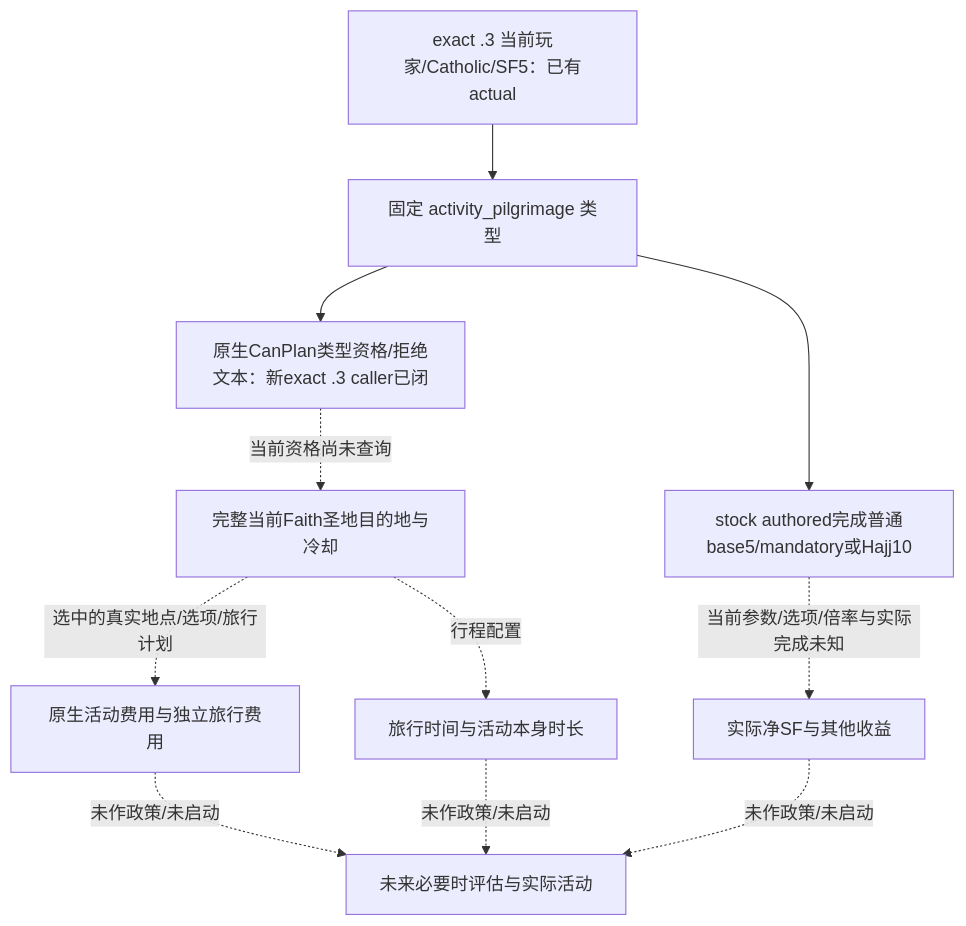
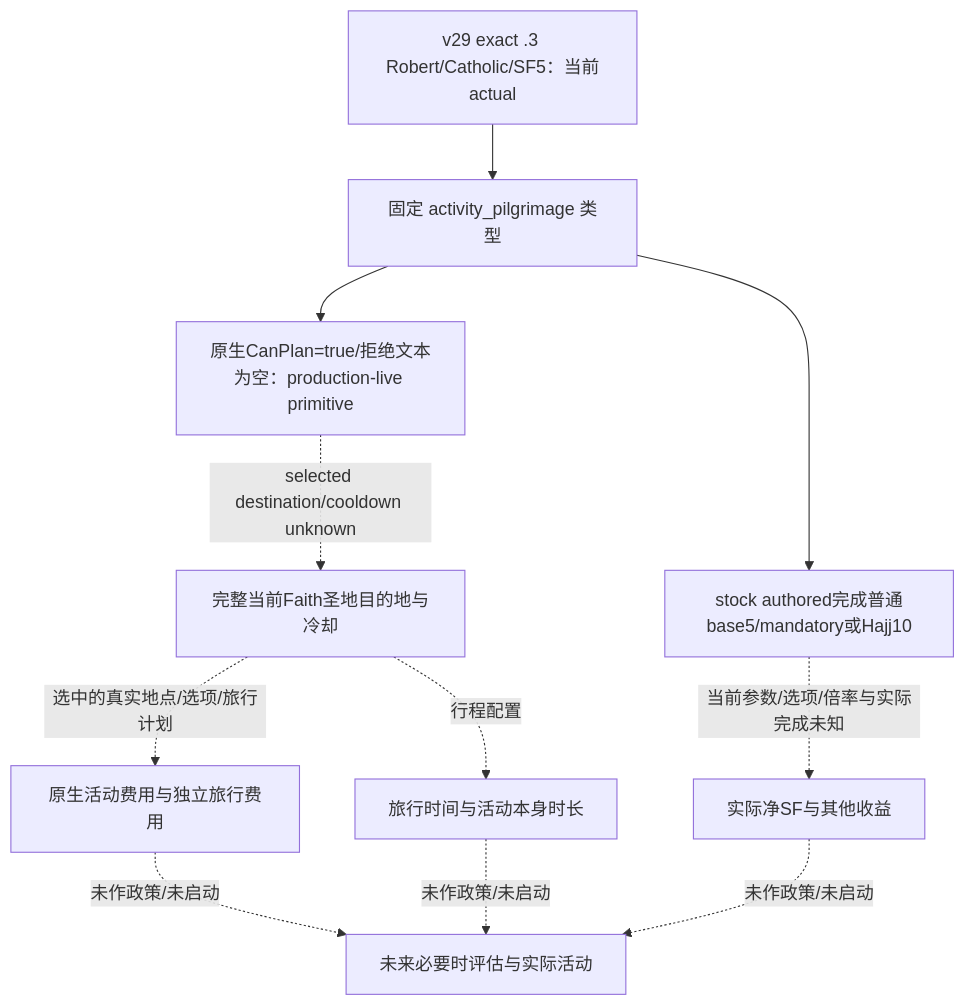
One commit to XenoAmess/ck3_eternal_recurrence changed the diagram in docs/ck3-native-ai/religion-pilgrimage-native-inputs-12003.md. Above: the diagram before and after it, drawn with Mermaid. The commit also changed other lines of this file and 15 other files, not shown here.

Commit message:
Record Robert marriage continuation and live religion observations

````diff
--- a/docs/ck3-native-ai/religion-pilgrimage-native-inputs-12003.md
+++ b/docs/ck3-native-ai/religion-pilgrimage-native-inputs-12003.md
@@ -26,13 +26,13 @@
 ```mermaid
 flowchart TD
-    A[exact .3 当前玩家/Catholic/SF5：已有actual] --> T[固定 activity_pilgrimage 类型]
-    T --> G[原生CanPlan类型资格/拒绝文本：新exact .3 caller已闭]
-    G -. 当前资格尚未查询 .-> D[完整当前Faith圣地目的地与冷却]
+    A[v29 exact .3 Robert/Catholic/SF5：当前actual] --> T[固定 activity_pilgrimage 类型]
+    T --> G[原生CanPlan=true/拒绝文本为空：production-live primitive]
+    G -. selected destination/cooldown unknown .-> D[完整当前Faith圣地目的地与冷却]
     D -. 选中的真实地点/选项/旅行计划 .-> Q[原生活动费用与独立旅行费用]
     D -. 行程配置 .-> L[旅行时间与活动本身时长]
     T --> R[stock authored完成普通base5/mandatory或Hajj10]
     R -. 当前参数/选项/倍率与实际完成未知 .-> N[实际净SF与其他收益]
     Q -. 未作政策/未启动 .-> P[未来必要时评估与实际活动]
     L -. 未作政策/未启动 .-> P
     N -. 未作政策/未启动 .-> P
 ```
````
